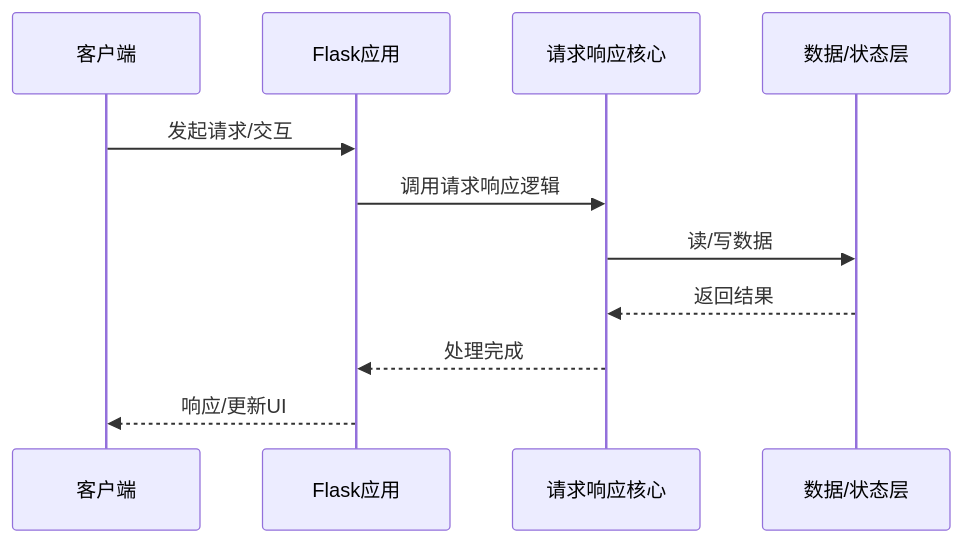
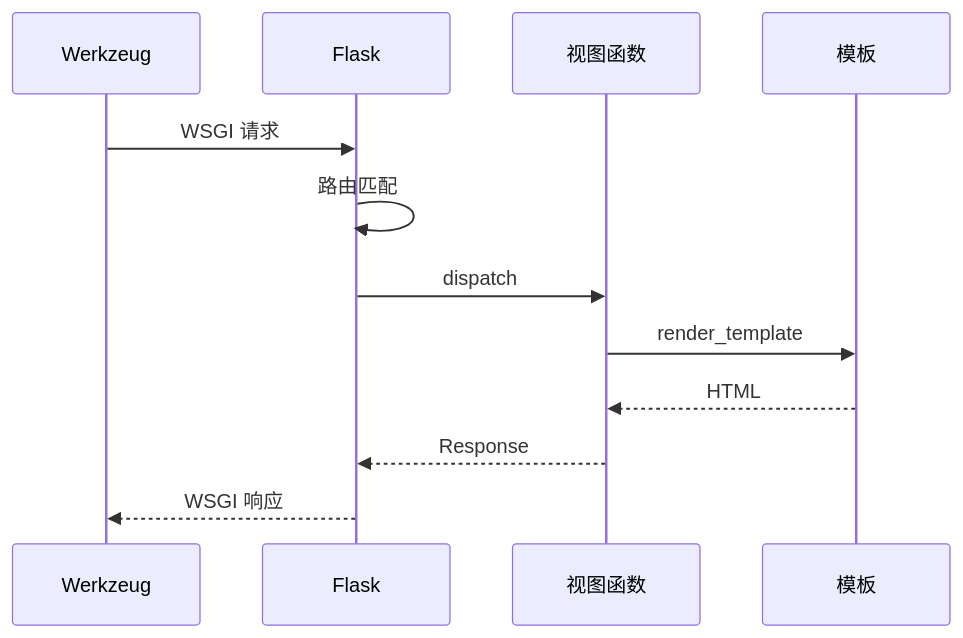
The diagram in articles/Flask/chapters/022-请求响应的实现机制详解.md (yanggan2015/knowledge-json-v2), drawn with Mermaid before and after one commit. The commit also changed other lines of this file and 10127 other files, not shown here.

````diff
--- a/articles/Flask/chapters/022-请求响应的实现机制详解.md
+++ b/articles/Flask/chapters/022-请求响应的实现机制详解.md
@@ -45,14 +34,14 @@
 ```mermaid
 sequenceDiagram
-    participant Client as 客户端
-    participant App as Flask应用
-    participant Core as 请求响应核心
-    participant Store as 数据/状态层
-
-    Client->>App: 发起请求/交互
-    App->>Core: 调用请求响应逻辑
-    Core->>Store: 读/写数据
-    Store-->>Core: 返回结果
-    Core-->>App: 处理完成
-    App-->>Client: 响应/更新UI
+    participant W as Werkzeug
+    participant F as Flask
+    participant V as 视图函数
+    participant T as 模板
+    W->>F: WSGI 请求
+    F->>F: 路由匹配
+    F->>V: dispatch
+    V->>T: render_template
+    T-->>V: HTML
+    V-->>F: Response
+    F-->>W: WSGI 响应
 ```
````
